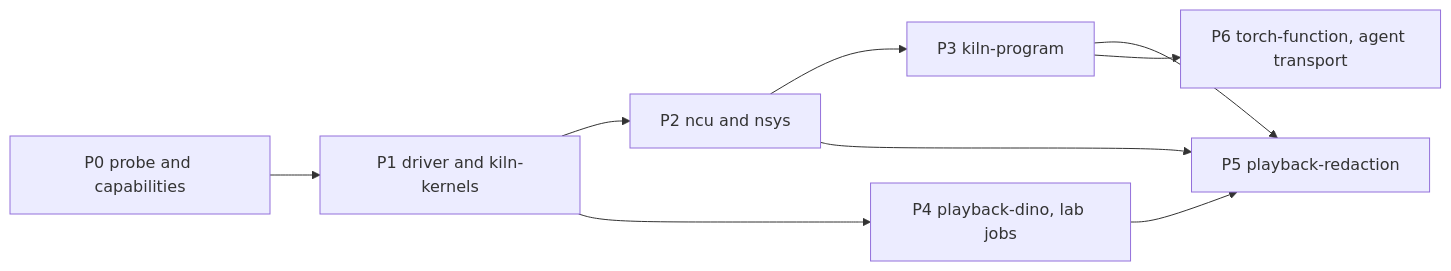
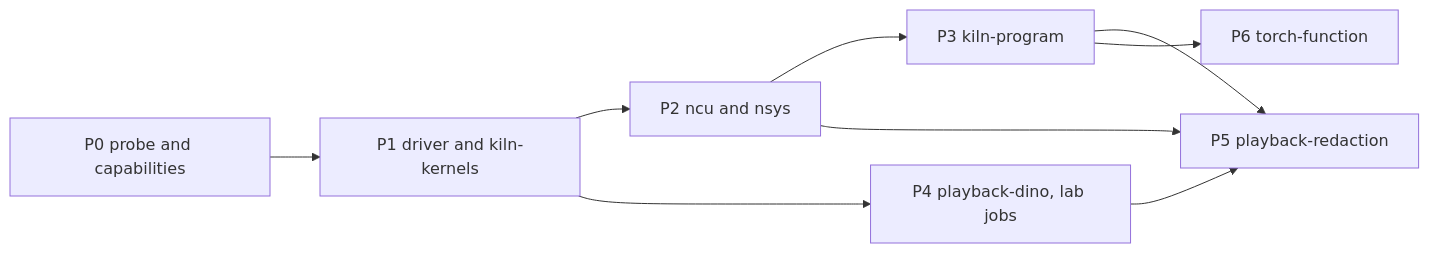
One commit to go-go-golems/kiln changed the third of 3 diagrams in ttmp/2026/10/20/KILN-003--one-execution-core-for-kiln-and-perf-lab-hosts-environments-workload-kinds-and-collectors/design-doc/01-intern-guide-one-execution-core-for-kiln-and-perf-lab.md. Above: the diagram before and after it, drawn with Mermaid. The commit also changed other lines of this file and 5 other files, not shown here.

````diff
--- a/ttmp/2026/10/20/KILN-003--one-execution-core-for-kiln-and-perf-lab-hosts-environments-workload-kinds-and-collectors/design-doc/01-intern-guide-one-execution-core-for-kiln-and-perf-lab.md
+++ b/ttmp/2026/10/20/KILN-003--one-execution-core-for-kiln-and-perf-lab-hosts-environments-workload-kinds-and-collectors/design-doc/01-intern-guide-one-execution-core-for-kiln-and-perf-lab.md
@@ -1921,11 +1976,11 @@
 ```mermaid
 flowchart LR
   P0["P0 probe and capabilities"] --> P1["P1 driver and kiln-kernels"]
   P1 --> P2["P2 ncu and nsys"]
   P1 --> P4["P4 playback-dino, lab jobs"]
   P2 --> P3["P3 kiln-program"]
   P2 --> P5["P5 playback-redaction"]
   P3 --> P5
   P4 --> P5
-  P3 --> P6["P6 torch-function, agent transport"]
+  P3 --> P6["P6 torch-function"]
 ```
````
